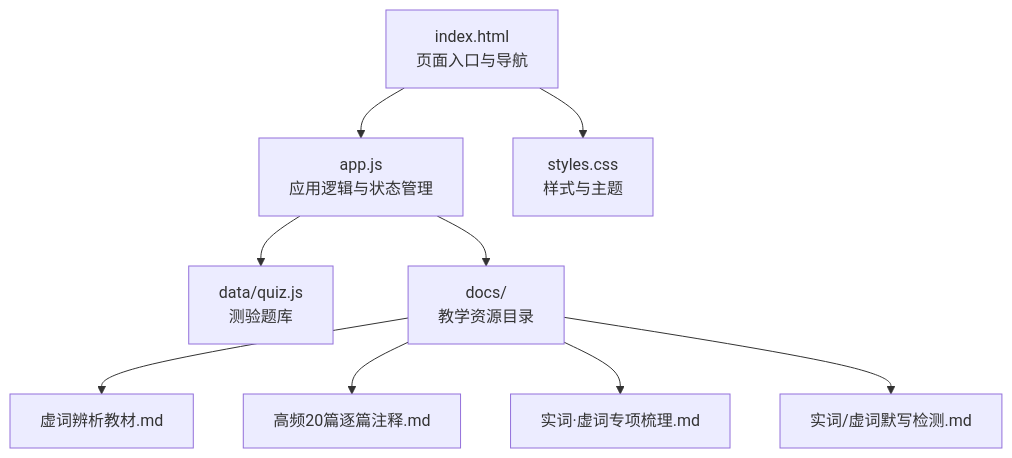
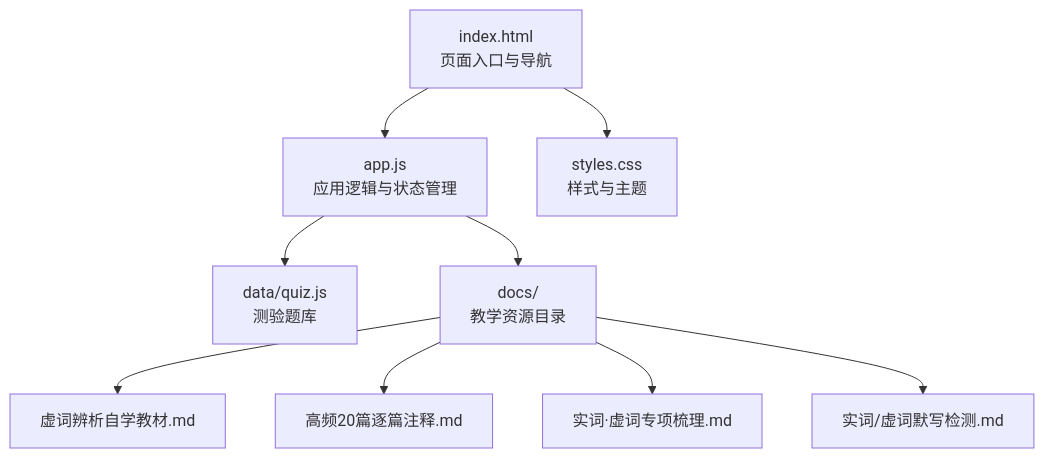
Before and after one commit to lukefun/wenyanbai-demo-v2: the first of 7 diagrams in .qoder/repowiki/zh/content/教育资源.md, drawn with Mermaid. The commit also changed other lines of this file and 6 other files, not shown here.

````diff
--- a/.qoder/repowiki/zh/content/教育资源.md
+++ b/.qoder/repowiki/zh/content/教育资源.md
@@ -44,11 +44,11 @@
 ```mermaid
 graph TB
 A["index.html<br/>页面入口与导航"] --> B["app.js<br/>应用逻辑与状态管理"]
 A --> C["styles.css<br/>样式与主题"]
 B --> D["data/quiz.js<br/>测验题库"]
 B --> E["docs/<br/>教学资源目录"]
-E --> E1["虚词辨析教材.md"]
+E --> E1["虚词辨析自学教材.md"]
 E --> E2["高频20篇逐篇注释.md"]
 E --> E3["实词·虚词专项梳理.md"]
 E --> E4["实词/虚词默写检测.md"]
 ```
````
